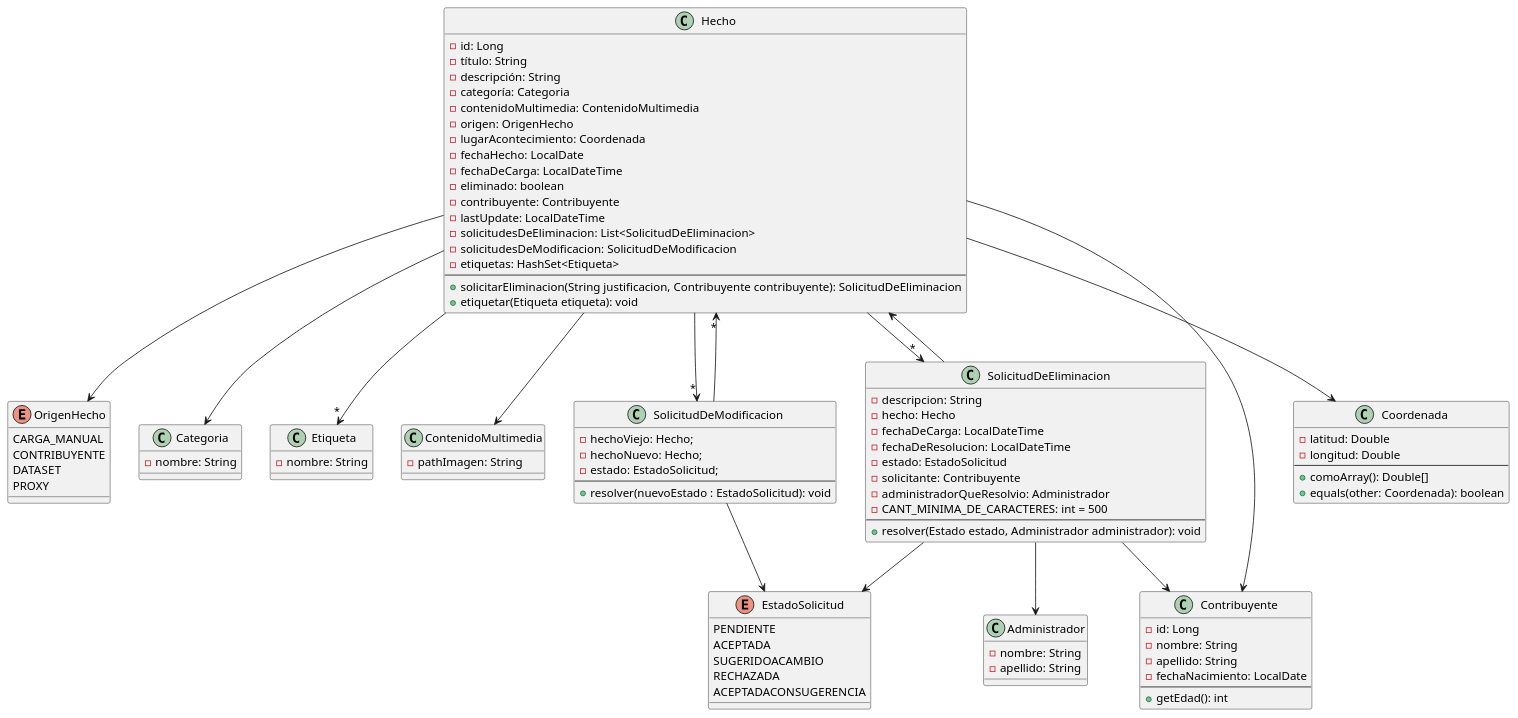
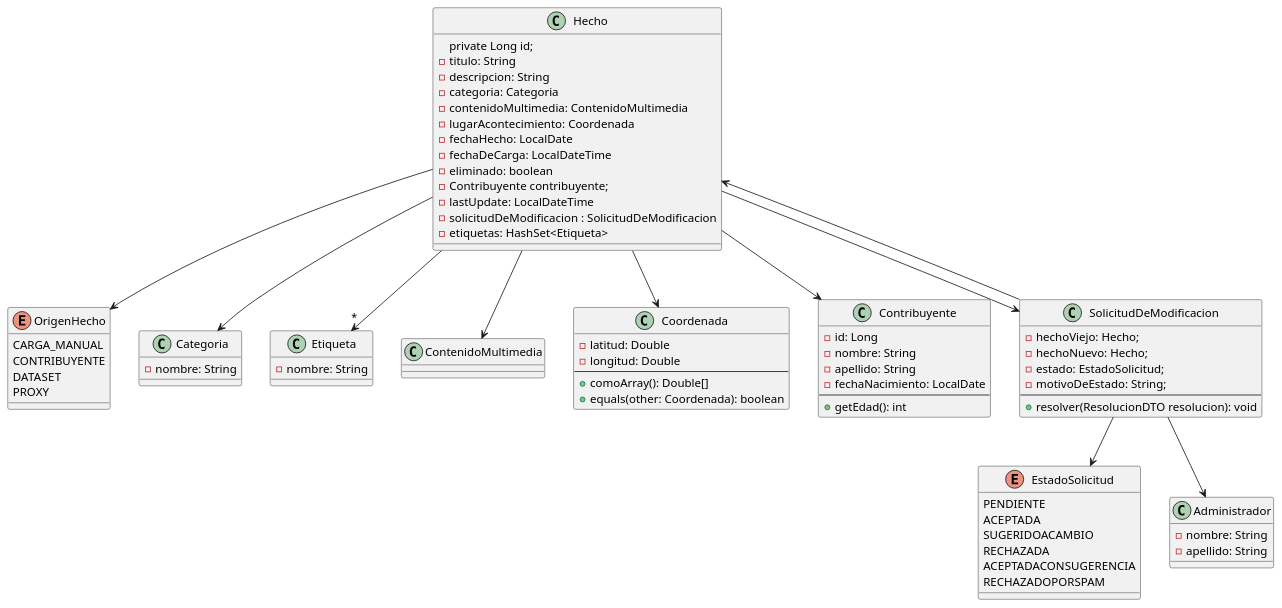
The diagram in fuente-dinamica/ddcFuenteDinamica.puml (faustorod1/MetaMapa), drawn with PlantUML before and after one commit. The commit also changed 34 other files, not shown here.

```diff
--- a/fuente-dinamica/ddcFuenteDinamica.puml
+++ b/fuente-dinamica/ddcFuenteDinamica.puml
@@ -1,112 +1,90 @@
 @startuml
 
 class Hecho{
-- id: Long
-- título: String
-- descripción: String
-- categoría: Categoria
-- contenidoMultimedia: ContenidoMultimedia
-- origen: OrigenHecho
-- lugarAcontecimiento: Coordenada
-- fechaHecho: LocalDate
-- fechaDeCarga: LocalDateTime
-- eliminado: boolean
-- contribuyente: Contribuyente
-- lastUpdate: LocalDateTime
-- solicitudesDeEliminacion: List<SolicitudDeEliminacion>
-- solicitudesDeModificacion: SolicitudDeModificacion
-- etiquetas: HashSet<Etiqueta>
---
-+ solicitarEliminacion(String justificacion, Contribuyente contribuyente): SolicitudDeEliminacion
-+ etiquetar(Etiqueta etiqueta): void
+private Long id;
+    - titulo: String
+    - descripcion: String
+    - categoria: Categoria
+    - contenidoMultimedia: ContenidoMultimedia
+    - lugarAcontecimiento: Coordenada
+    - fechaHecho: LocalDate
+    - fechaDeCarga: LocalDateTime
+    - eliminado: boolean
+    - Contribuyente contribuyente;
+    - lastUpdate: LocalDateTime
+    - solicitudDeModificacion : SolicitudDeModificacion
+    - etiquetas: HashSet<Etiqueta>
 }
 
 enum OrigenHecho{
 CARGA_MANUAL
 CONTRIBUYENTE
 DATASET
 PROXY
 }
 
 class Categoria{
 - nombre: String
 }
 
 class Etiqueta{
 - nombre: String
 }
 
 class ContenidoMultimedia{
-- pathImagen: String
-}
-
-class SolicitudDeEliminacion{
-- descripcion: String
-- hecho: Hecho
-- fechaDeCarga: LocalDateTime
-- fechaDeResolucion: LocalDateTime
-- estado: EstadoSolicitud
-- solicitante: Contribuyente
-- administradorQueResolvio: Administrador
-- CANT_MINIMA_DE_CARACTERES: int = 500
---
-+ resolver(Estado estado, Administrador administrador): void
 }
 
 enum EstadoSolicitud {
     PENDIENTE
     ACEPTADA
     SUGERIDOACAMBIO
     RECHAZADA
     ACEPTADACONSUGERENCIA
+    RECHAZADOPORSPAM
 }
 
 
 class Coordenada{
 - latitud: Double
 - longitud: Double
 --
 + comoArray(): Double[]
 + equals(other: Coordenada): boolean
 }
 
 class Administrador{
 - nombre: String
 - apellido: String
 }
 
 class Contribuyente{
 - id: Long
 - nombre: String
 - apellido: String
 - fechaNacimiento: LocalDate
 --
 + getEdad(): int
 }
 
 class SolicitudDeModificacion {
 - hechoViejo: Hecho;
 - hechoNuevo: Hecho;
 - estado: EstadoSolicitud;
+- motivoDeEstado: String;
 --
-+ resolver(nuevoEstado : EstadoSolicitud): void
++ resolver(ResolucionDTO resolucion): void
 }
 
 Hecho --> Categoria
 Hecho --> ContenidoMultimedia
 Hecho --> OrigenHecho
 Hecho --> Coordenada
 Hecho --> Contribuyente
-Hecho -->"*" SolicitudDeEliminacion
-Hecho -->"*" SolicitudDeModificacion
+Hecho --> SolicitudDeModificacion
 Hecho -->"*" Etiqueta
 
-SolicitudDeEliminacion --> Hecho
-SolicitudDeEliminacion --> EstadoSolicitud
-SolicitudDeEliminacion --> Contribuyente
-SolicitudDeEliminacion --> Administrador
-
-SolicitudDeModificacion -->"*" Hecho
+SolicitudDeModificacion --> Hecho
 SolicitudDeModificacion --> EstadoSolicitud
+SolicitudDeModificacion --> Administrador
 
 @enduml
```
